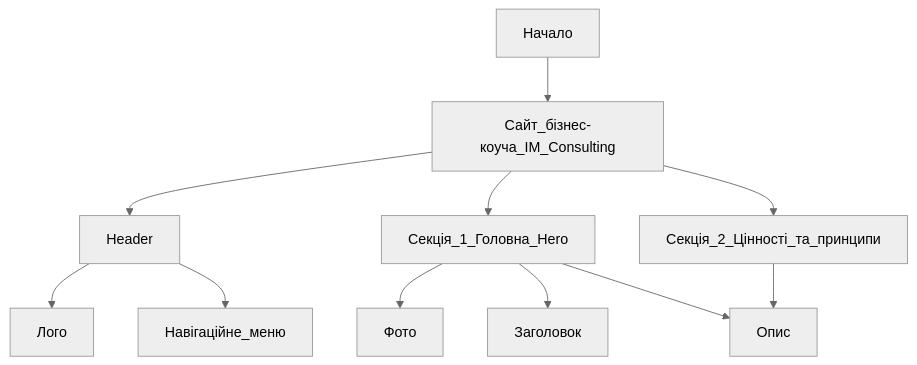
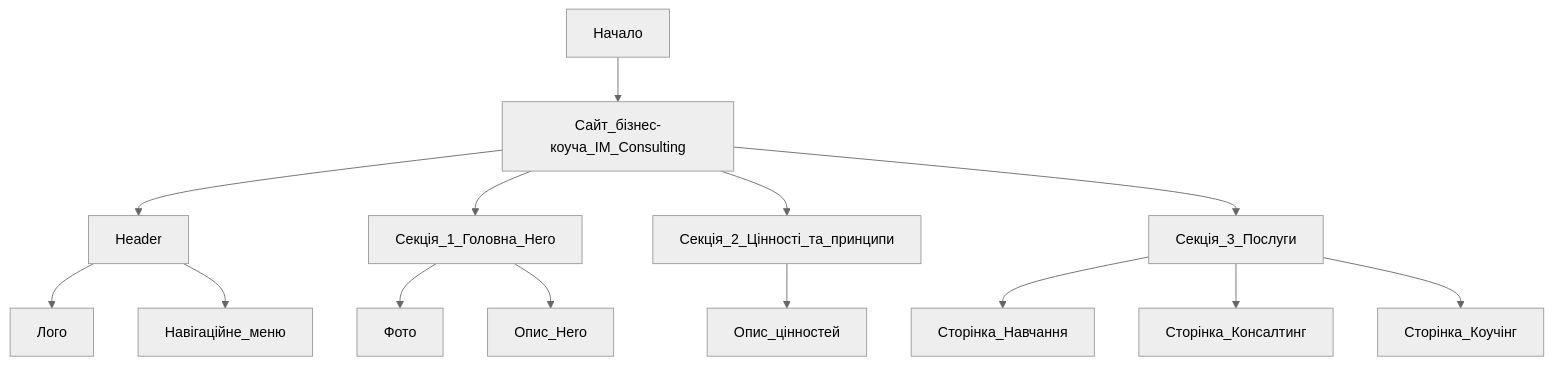
The diagram in README.md (sergio-nezhigay/carptravel), drawn with Mermaid (neutral theme) before and after one commit.

Commit message:
formatitng test2

````diff
--- a/README.md
+++ b/README.md
@@ -57,14 +57,17 @@
 ```mermaid
 graph TD;
     Начало --> Сайт_бізнес-коуча_IM_Consulting
     Сайт_бізнес-коуча_IM_Consulting --> Header
     Сайт_бізнес-коуча_IM_Consulting --> Секція_1_Головна_Hero
     Сайт_бізнес-коуча_IM_Consulting --> Секція_2_Цінності_та_принципи
+    Сайт_бізнес-коуча_IM_Consulting --> Секція_3_Послуги
     Header --> Лого
     Header --> Навігаційне_меню
     Секція_1_Головна_Hero --> Фото
-    Секція_1_Головна_Hero --> Заголовок
-    Секція_1_Головна_Hero --> Опис
-    Секція_2_Цінності_та_принципи --> Опис
+    Секція_1_Головна_Hero --> Опис_Hero
+    Секція_2_Цінності_та_принципи --> Опис_цінностей
+    Секція_3_Послуги --> Сторінка_Навчання
+    Секція_3_Послуги --> Сторінка_Консалтинг
+    Секція_3_Послуги --> Сторінка_Коучінг
 
 ```
````
